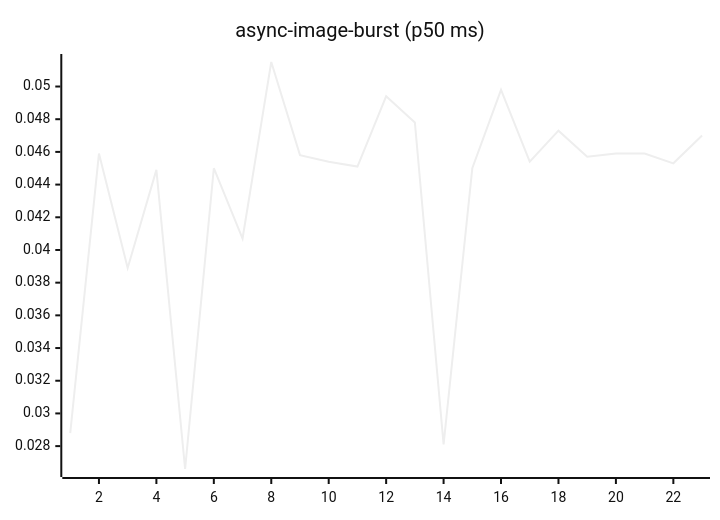
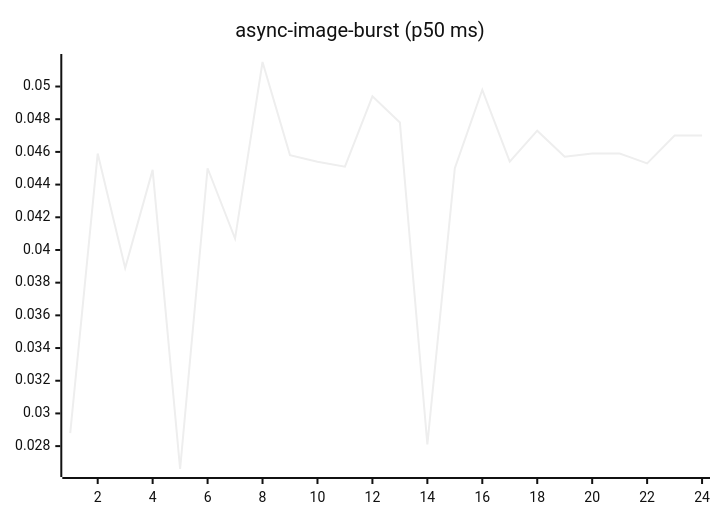
The fourth of 27 diagrams in README.md (josha/Facet), drawn with Mermaid (neutral theme) before and after one commit. The commit also changed other lines of this file and 2 other files, not shown here.

````diff
--- a/README.md
+++ b/README.md
@@ -84,6 +84,6 @@
 ```mermaid
 xychart-beta
     title "async-image-burst (p50 ms)"
-    x-axis 1 --> 23
-    line [0.0288, 0.0459, 0.0389, 0.0449, 0.0266, 0.0450, 0.0407, 0.0515, 0.0458, 0.0454, 0.0451, 0.0494, 0.0478, 0.0281, 0.0450, 0.0498, 0.0454, 0.0473, 0.0457, 0.0459, 0.0459, 0.0453, 0.0470]
+    x-axis 1 --> 24
+    line [0.0288, 0.0459, 0.0389, 0.0449, 0.0266, 0.0450, 0.0407, 0.0515, 0.0458, 0.0454, 0.0451, 0.0494, 0.0478, 0.0281, 0.0450, 0.0498, 0.0454, 0.0473, 0.0457, 0.0459, 0.0459, 0.0453, 0.0470, 0.0470]
 ```
````
